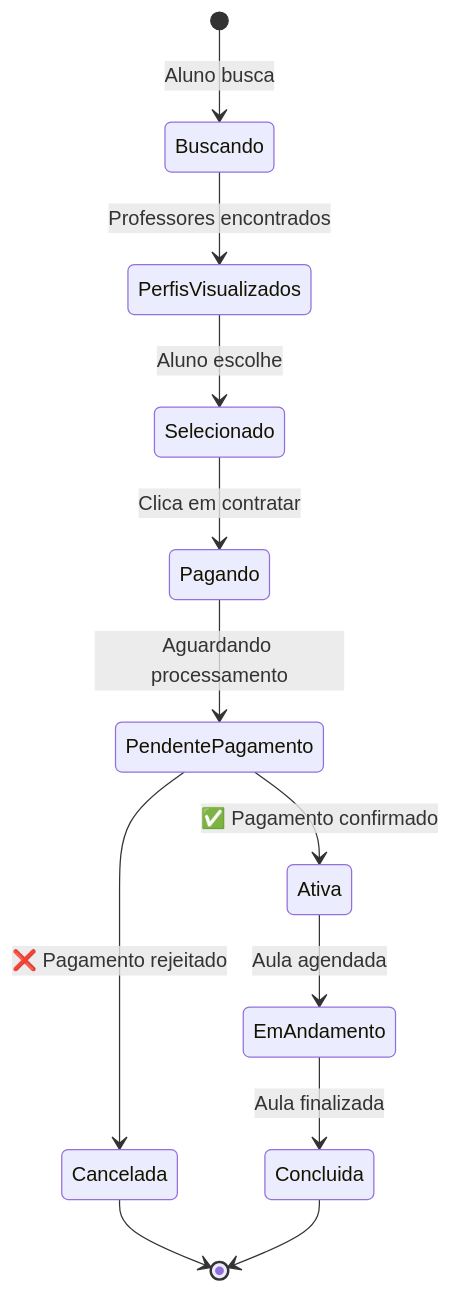
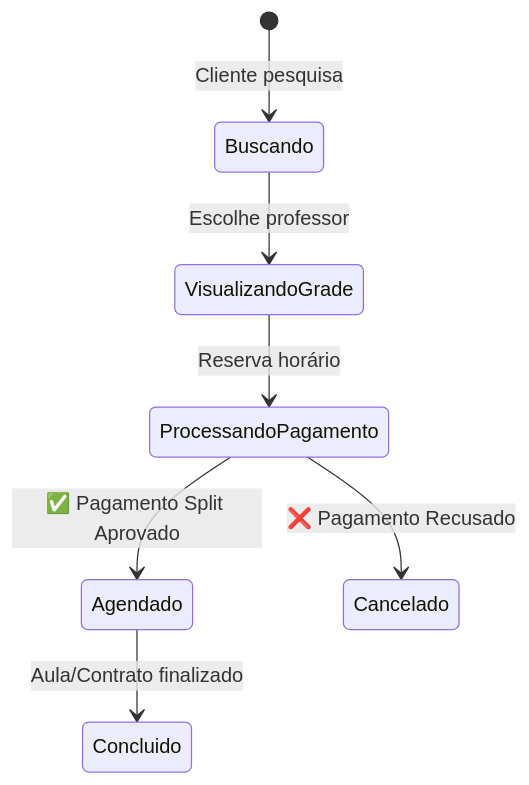
The tenth of 10 diagrams in BPMN_DIAGRAM.md (VictorHCSampaio/ConectaPro), drawn with Mermaid before and after one commit. The commit also changed other lines of this file, not shown here.

Commit message:
docs: atualiza diagrama BPMN com raias e matriz RACI final

````diff
--- a/BPMN_DIAGRAM.md
+++ b/BPMN_DIAGRAM.md
@@ -225,14 +436,9 @@
 ```mermaid
 stateDiagram-v2
-    [*] --> Buscando: Aluno busca
-    Buscando --> PerfisVisualizados: Professores encontrados
-    PerfisVisualizados --> Selecionado: Aluno escolhe
-    Selecionado --> Pagando: Clica em contratar
-    Pagando --> PendentePagamento: Aguardando processamento
-    PendentePagamento --> Ativa: ✅ Pagamento confirmado
-    PendentePagamento --> Cancelada: ❌ Pagamento rejeitado
-    Ativa --> EmAndamento: Aula agendada
-    EmAndamento --> Concluida: Aula finalizada
-    Cancelada --> [*]
-    Concluida --> [*]
+    [*] --> Buscando: Cliente pesquisa
+    Buscando --> VisualizandoGrade: Escolhe professor
+    VisualizandoGrade --> ProcessandoPagamento: Reserva horário
+    ProcessandoPagamento --> Agendado: ✅ Pagamento Split Aprovado
+    ProcessandoPagamento --> Cancelado: ❌ Pagamento Recusado
+    Agendado --> Concluido: Aula/Contrato finalizado
 ```
````
